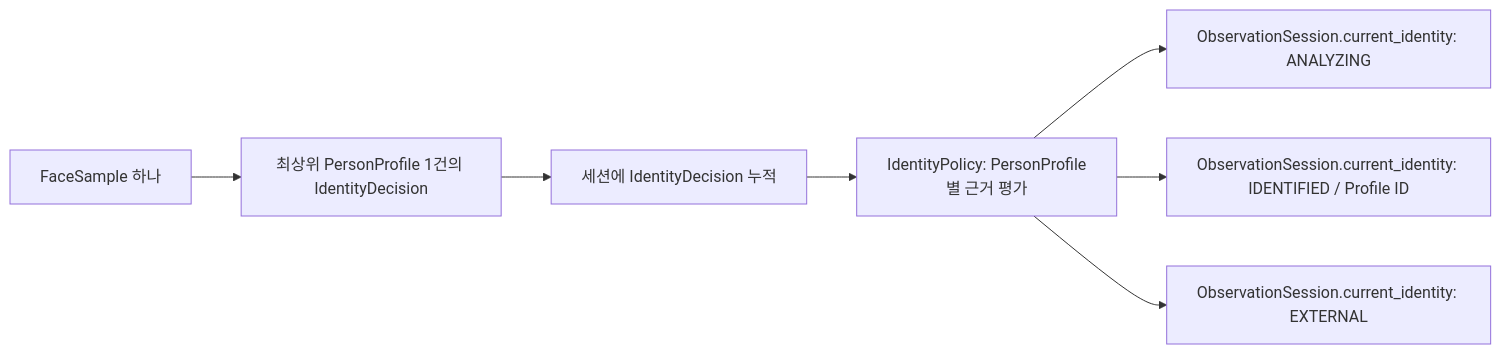
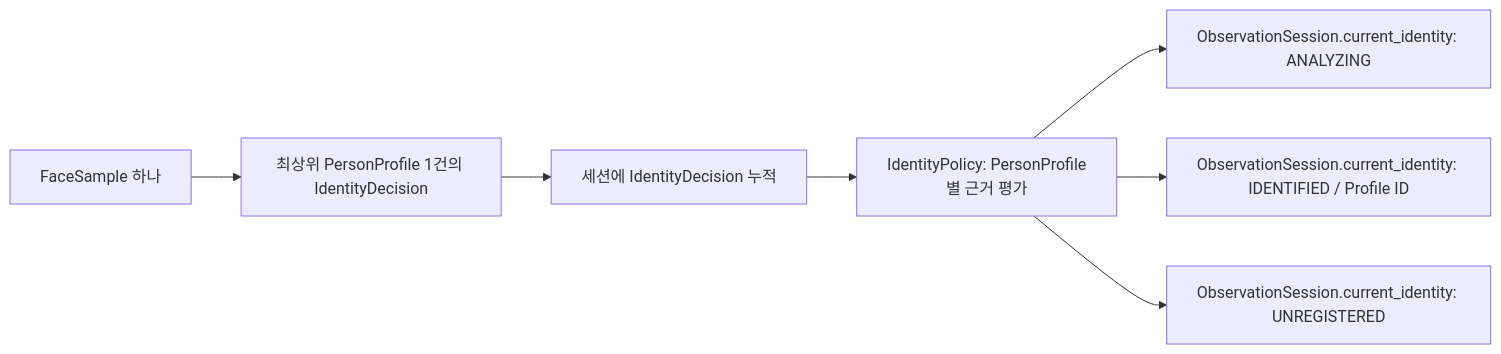
Before and after one commit to Macfa/local-face-recognition: the second of 3 diagrams in docs/processing-flow.md, drawn with Mermaid. The commit also changed other lines of this file and 4 other files, not shown here.

````diff
--- a/docs/processing-flow.md
+++ b/docs/processing-flow.md
@@ -56,9 +57,9 @@
 ```mermaid
 flowchart LR
     F[FaceSample 하나] --> D[최상위 PersonProfile 1건의 IdentityDecision]
     D --> A[세션에 IdentityDecision 누적]
     A --> P[IdentityPolicy: PersonProfile별 근거 평가]
     P --> U[ObservationSession.current_identity: ANALYZING]
     P --> I[ObservationSession.current_identity: IDENTIFIED / Profile ID]
-    P --> E[ObservationSession.current_identity: EXTERNAL]
+    P --> E[ObservationSession.current_identity: UNREGISTERED]
 ```
````
